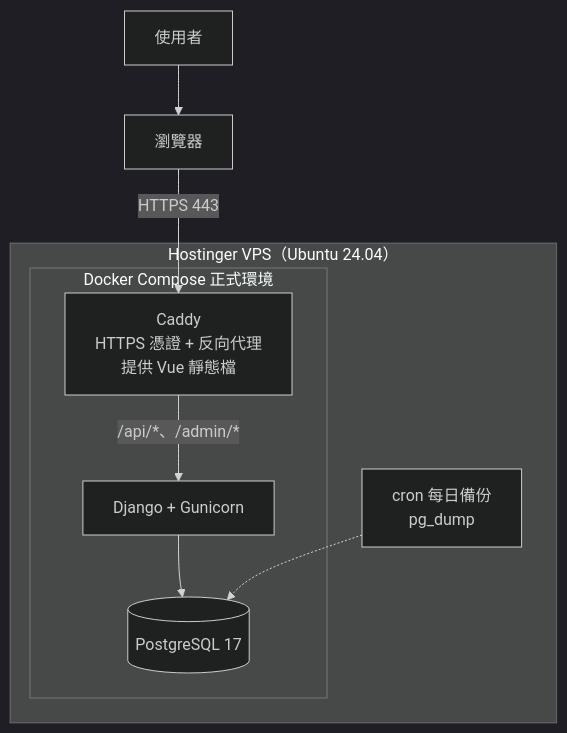
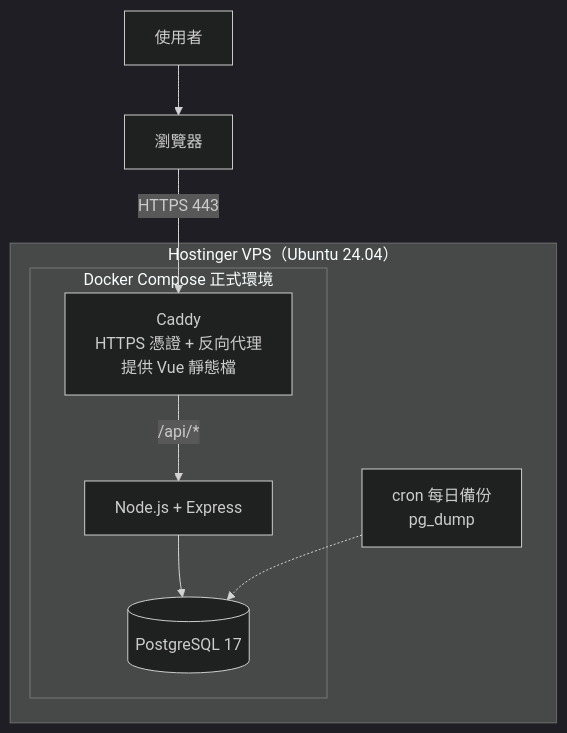
One commit to annie-clickforce/trello-fullstack changed the second of 4 diagrams in docs/architecture.md. Above: the diagram before and after it, drawn with Mermaid (dark theme). The commit also changed other lines of this file and 3 other files, not shown here.

First line of the commit message:
docs:後端改用 Node.js（Express）並更新規劃文件

````diff
--- a/docs/architecture.md
+++ b/docs/architecture.md
@@ -33,18 +33,18 @@
 ```mermaid
 flowchart TD
     User[使用者] --> Browser[瀏覽器]
     Browser -->|HTTPS 443| Caddy
 
     subgraph VPS["Hostinger VPS（Ubuntu 24.04）"]
         subgraph Compose[Docker Compose 正式環境]
             Caddy[Caddy<br/>HTTPS 憑證 + 反向代理<br/>提供 Vue 靜態檔]
-            API[Django + Gunicorn]
+            API[Node.js + Express]
             DB[(PostgreSQL 17)]
 
-            Caddy -->|/api/*、/admin/*| API
+            Caddy -->|/api/*| API
             API --> DB
         end
         Backup[cron 每日備份<br/>pg_dump]
         Backup -.-> DB
     end
 ```
````
